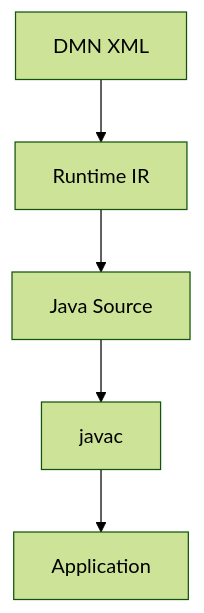
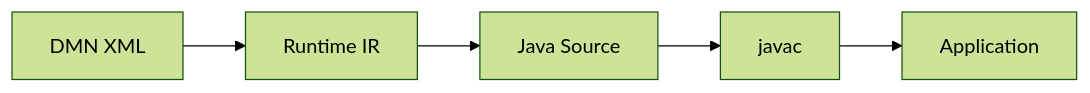
One commit to finmsg-io/dmn-compiler-toolkit changed the sixth of 12 diagrams in docs/architecture/chapters/18-Java Generator.md. Above: the diagram before and after it, drawn with Mermaid (forest theme). The commit also changed other lines of this file and 48 other files, not shown here.

Commit message:
docs: modernize architecture chapters, harmonize numbering, and configure global Mermaid theme

````diff
--- a/docs/architecture/chapters/18-Java Generator.md
+++ b/docs/architecture/chapters/18-Java Generator.md
@@ -661,5 +454,5 @@
 ```mermaid
-flowchart TB
+flowchart LR
     xml["DMN XML"] --> ir["Runtime IR"] --> source["Java Source"]
     source --> javac["javac"] --> application["Application"]
 ```
````
